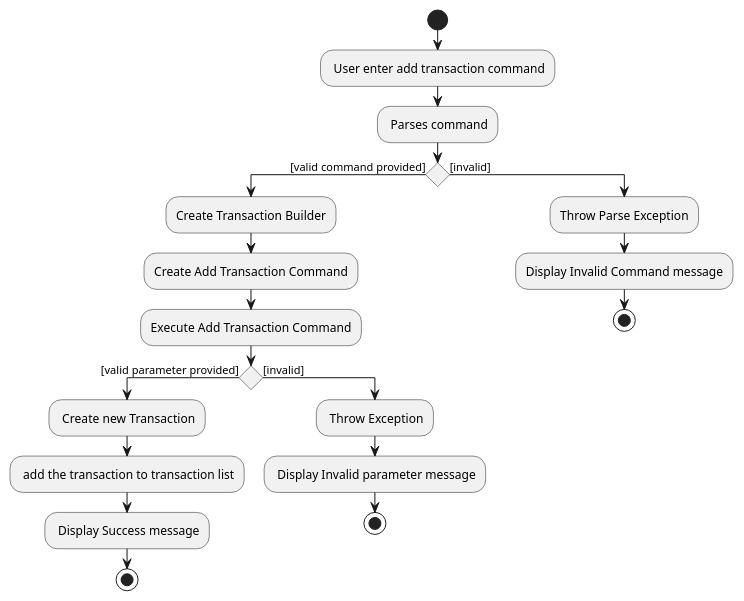
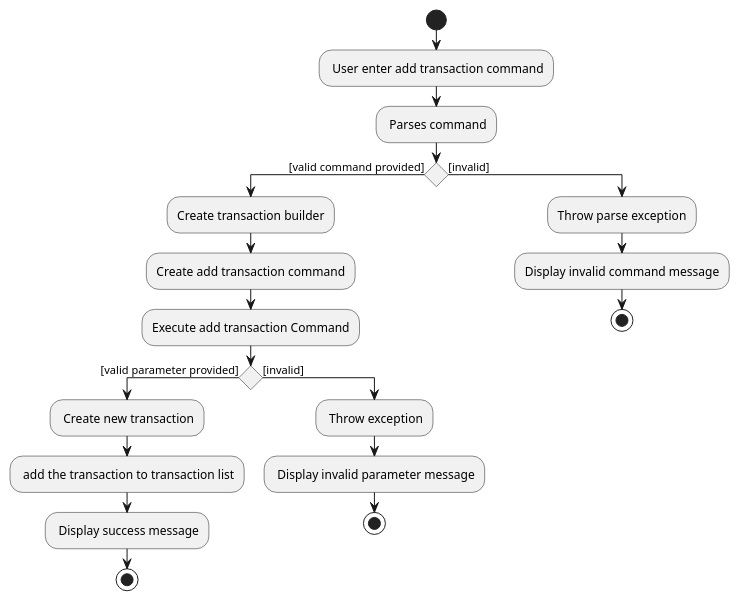
One commit to nus-cs2103-AY2122S2/tp changed the diagram in docs/diagrams/AddTransactionActivityDiagram.puml. Above: the diagram before and after it, drawn with PlantUML. The commit also changed 1 other file, not shown here.

Commit message:
update diagram

```diff
--- a/docs/diagrams/AddTransactionActivityDiagram.puml
+++ b/docs/diagrams/AddTransactionActivityDiagram.puml
@@ -1,27 +1,27 @@
 @startuml
 start
 : User enter add transaction command;
 
 : Parses command;
 
 if () then ([valid command provided])
-  :Create Transaction Builder;
-  :Create Add Transaction Command;
-  :Execute Add Transaction Command;
+  :Create transaction builder;
+  :Create add transaction command;
+  :Execute add transaction Command;
   if () then ([valid parameter provided])
-  : Create new Transaction;
+  : Create new transaction;
   : add the transaction to transaction list;
-  : Display Success message;
+  : Display success message;
   stop
   else ([invalid])
-   : Throw Exception;
-   : Display Invalid parameter message;
+   : Throw exception;
+   : Display invalid parameter message;
    stop
   endif
 else ([invalid])
-  :Throw Parse Exception;
-  :Display Invalid Command message;
+  :Throw parse exception;
+  :Display invalid command message;
   stop
 
 endif
 @enduml
```
